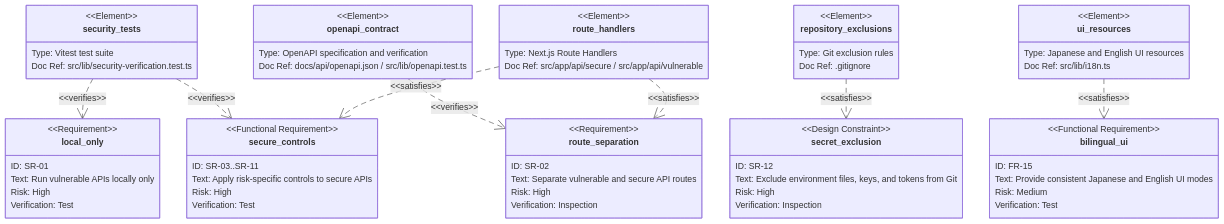
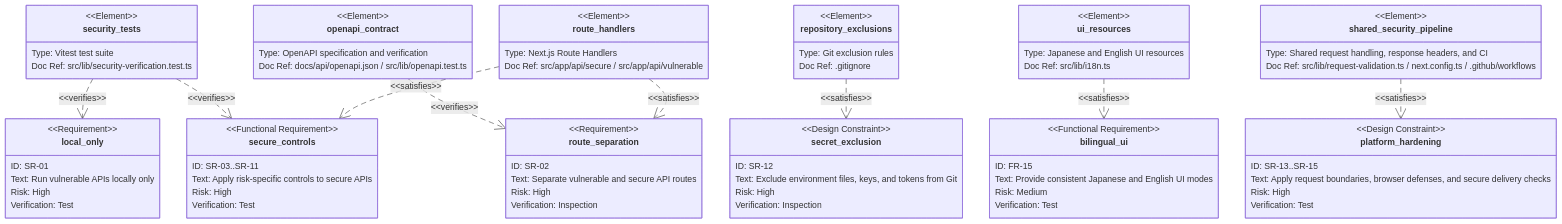
The first of 2 diagrams in docs/requirements.en.md (kiryu1211/api-security-lab-platform), drawn with Mermaid before and after one commit. The commit also changed other lines of this file and 7 other files, not shown here.

Commit message:
Document security hardening

````diff
--- a/docs/requirements.en.md
+++ b/docs/requirements.en.md
@@ -89,6 +95,13 @@
         text: "Exclude environment files, keys, and tokens from Git"
         risk: High
         verifymethod: Inspection
+    }
+
+    designConstraint platform_hardening {
+        id: "SR-13..SR-15"
+        text: "Apply request boundaries, browser defenses, and secure delivery checks"
+        risk: High
+        verifymethod: Test
     }
 
     functionalRequirement bilingual_ui {
@@ -123,6 +136,11 @@
         docref: "src/lib/i18n.ts"
     }
 
+    element shared_security_pipeline {
+        type: "Shared request handling, response headers, and CI"
+        docref: "src/lib/request-validation.ts / next.config.ts / .github/workflows"
+    }
+
     security_tests - verifies -> local_only
     security_tests - verifies -> secure_controls
     openapi_contract - verifies -> route_separation
@@ -130,4 +148,5 @@
     route_handlers - satisfies -> secure_controls
     repository_exclusions - satisfies -> secret_exclusion
     ui_resources - satisfies -> bilingual_ui
+    shared_security_pipeline - satisfies -> platform_hardening
 ```
````
